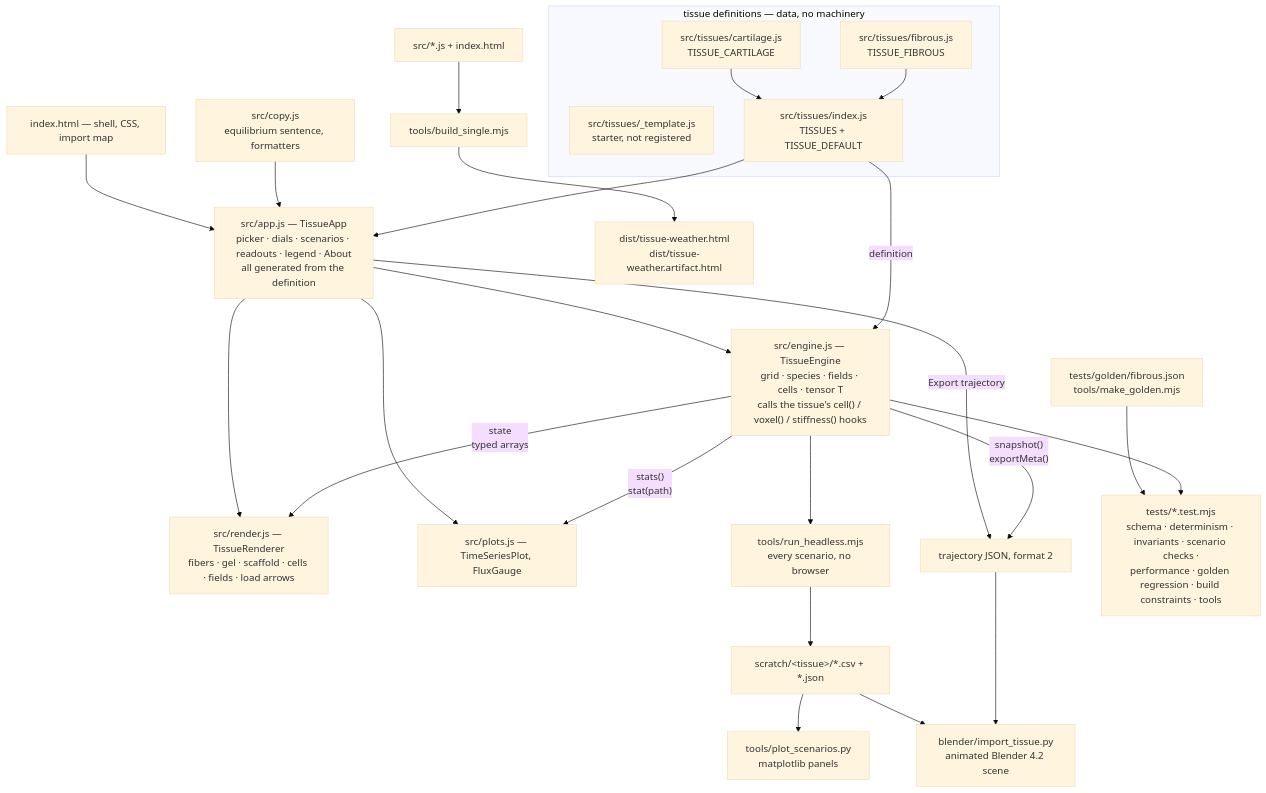
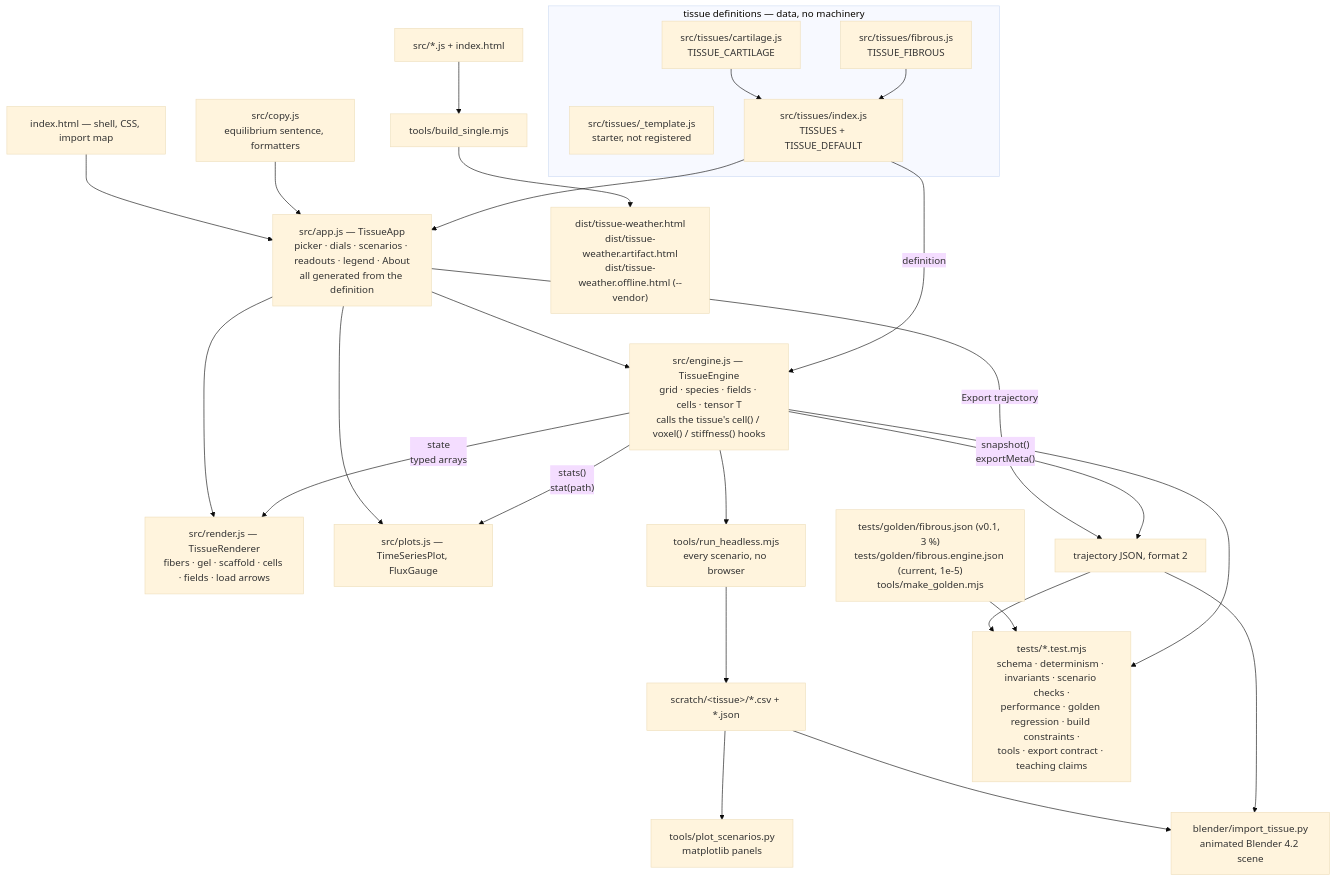
One commit to jpeponis/tissuesimulations changed the diagram in docs/ARCHITECTURE.md. Above: the diagram before and after it, drawn with Mermaid (base theme). The commit also changed other lines of this file and 46 other files, not shown here.

````diff
--- a/docs/ARCHITECTURE.md
+++ b/docs/ARCHITECTURE.md
@@ -13,39 +13,40 @@
 ```mermaid
 flowchart TD
   subgraph DEF["tissue definitions — data, no machinery"]
     FIB["src/tissues/fibrous.js<br/>TISSUE_FIBROUS"]
     CAR["src/tissues/cartilage.js<br/>TISSUE_CARTILAGE"]
     TPL["src/tissues/_template.js<br/>starter, not registered"]
     REG["src/tissues/index.js<br/>TISSUES + TISSUE_DEFAULT"]
     FIB --> REG
     CAR --> REG
   end
 
   REG -->|"definition"| ENG["src/engine.js — TissueEngine<br/>grid · species · fields · cells · tensor T<br/>calls the tissue's cell() / voxel() / stiffness() hooks"]
 
   ENG -->|"state<br/>typed arrays"| REN["src/render.js — TissueRenderer<br/>fibers · gel · scaffold · cells · fields · load arrows"]
   ENG -->|"stats()<br/>stat(path)"| PLT["src/plots.js — TimeSeriesPlot, FluxGauge"]
   ENG -->|"snapshot()<br/>exportMeta()"| EXP["trajectory JSON, format 2"]
 
   APP["src/app.js — TissueApp<br/>picker · dials · scenarios · readouts · legend · About<br/>all generated from the definition"]
   REG --> APP
   APP --> ENG
   APP --> REN
   APP --> PLT
   COPY["src/copy.js<br/>equilibrium sentence, formatters"] --> APP
   HTML["index.html — shell, CSS, import map"] --> APP
 
   EXP --> BL["blender/import_tissue.py<br/>animated Blender 4.2 scene"]
   APP -->|"Export trajectory"| EXP
 
   ENG --> HL["tools/run_headless.mjs<br/>every scenario, no browser"]
   HL --> CSV["scratch/&lt;tissue&gt;/*.csv + *.json"]
   CSV --> PY["tools/plot_scenarios.py<br/>matplotlib panels"]
   CSV --> BL
 
-  ENG --> TST["tests/*.test.mjs<br/>schema · determinism · invariants · scenario checks ·<br/>performance · golden regression · build constraints · tools"]
-  GOLD["tests/golden/fibrous.json<br/>tools/make_golden.mjs"] --> TST
+  ENG --> TST["tests/*.test.mjs<br/>schema · determinism · invariants · scenario checks ·<br/>performance · golden regression · build constraints ·<br/>tools · export contract · teaching claims"]
+  GOLD["tests/golden/fibrous.json (v0.1, 3 %)<br/>tests/golden/fibrous.engine.json (current, 1e-5)<br/>tools/make_golden.mjs"] --> TST
+  EXP --> TST
 
   SRC2["src/*.js + index.html"] --> BUILD["tools/build_single.mjs"]
-  BUILD --> DIST["dist/tissue-weather.html<br/>dist/tissue-weather.artifact.html"]
+  BUILD --> DIST["dist/tissue-weather.html<br/>dist/tissue-weather.artifact.html<br/>dist/tissue-weather.offline.html (--vendor)"]
 ```
````
